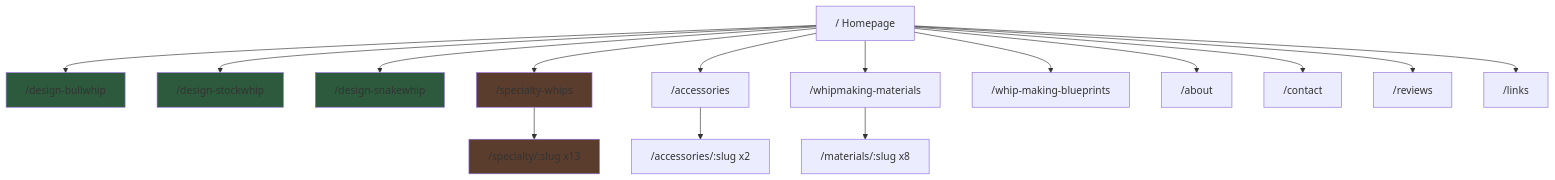
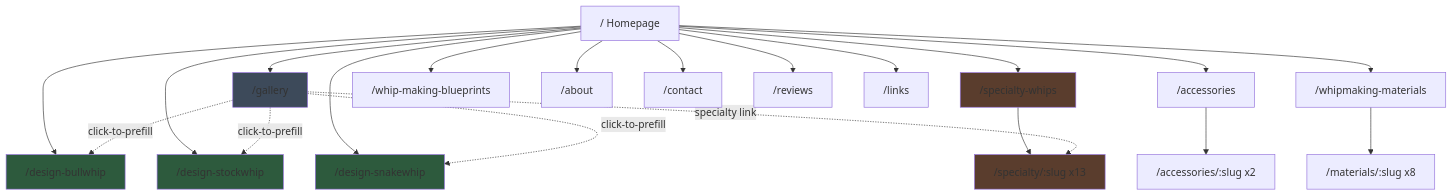
One commit to atfieldson/whipworks.com changed the first of 7 diagrams in architecture.md. Above: the diagram before and after it, drawn with Mermaid. The commit also changed other lines of this file and 1 other file, not shown here.

````diff
--- a/architecture.md
+++ b/architecture.md
@@ -8,24 +8,31 @@
 ```mermaid
 graph TD
     HOME["/  Homepage"] --> DESIGN_BW["/design-bullwhip"]
     HOME --> DESIGN_SW["/design-stockwhip"]
     HOME --> DESIGN_SN["/design-snakewhip"]
     HOME --> SPECIALTY["/specialty-whips"]
+    HOME --> GALLERY["/gallery"]
     HOME --> ACCESSORIES["/accessories"]
     HOME --> MATERIALS["/whipmaking-materials"]
     HOME --> BLUEPRINTS["/whip-making-blueprints"]
     HOME --> ABOUT["/about"]
     HOME --> CONTACT["/contact"]
     HOME --> REVIEWS["/reviews"]
     HOME --> LINKS["/links"]
 
     SPECIALTY --> SPEC_DETAIL["/specialty/:slug  x13"]
     ACCESSORIES --> ACC_DETAIL["/accessories/:slug  x2"]
     MATERIALS --> MAT_DETAIL["/materials/:slug  x8"]
 
+    GALLERY -. click-to-prefill .-> DESIGN_BW
+    GALLERY -. click-to-prefill .-> DESIGN_SW
+    GALLERY -. click-to-prefill .-> DESIGN_SN
+    GALLERY -. specialty link .-> SPEC_DETAIL
+
     style DESIGN_BW fill:#2d5a3d
     style DESIGN_SW fill:#2d5a3d
     style DESIGN_SN fill:#2d5a3d
     style SPECIALTY fill:#5a3d2d
     style SPEC_DETAIL fill:#5a3d2d
+    style GALLERY fill:#3d4a5a
 ```
````
